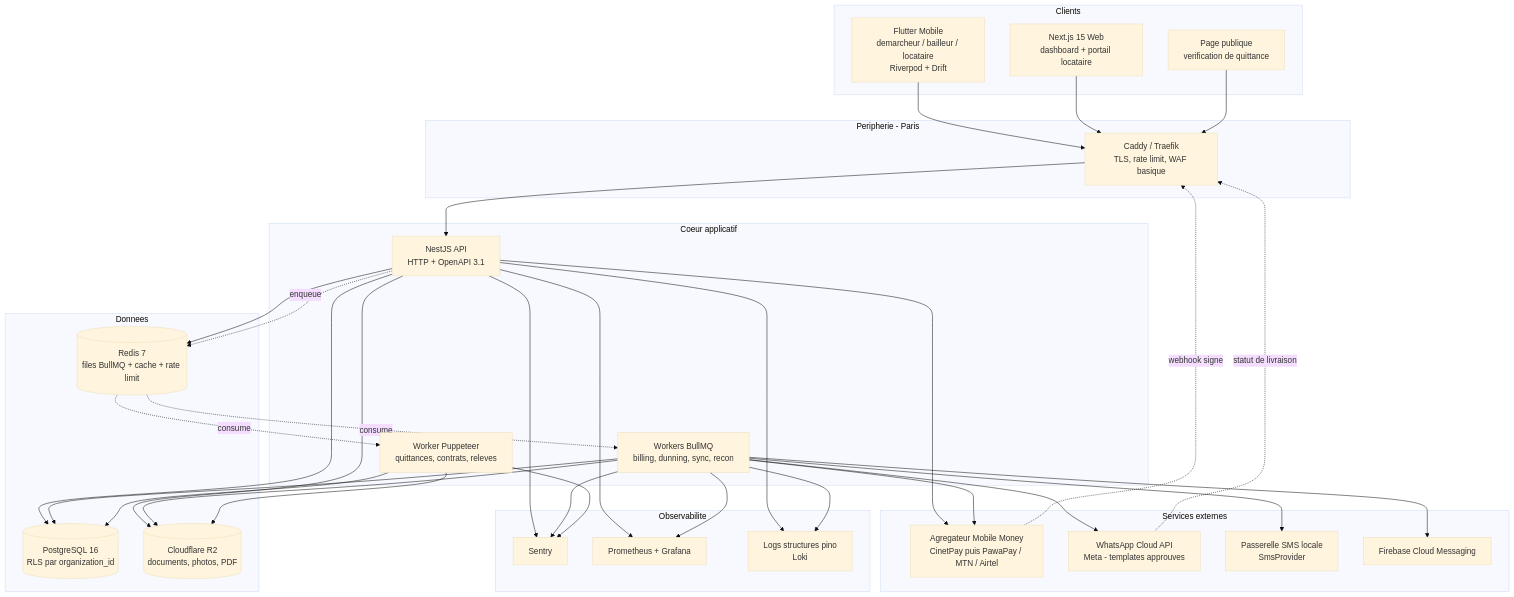
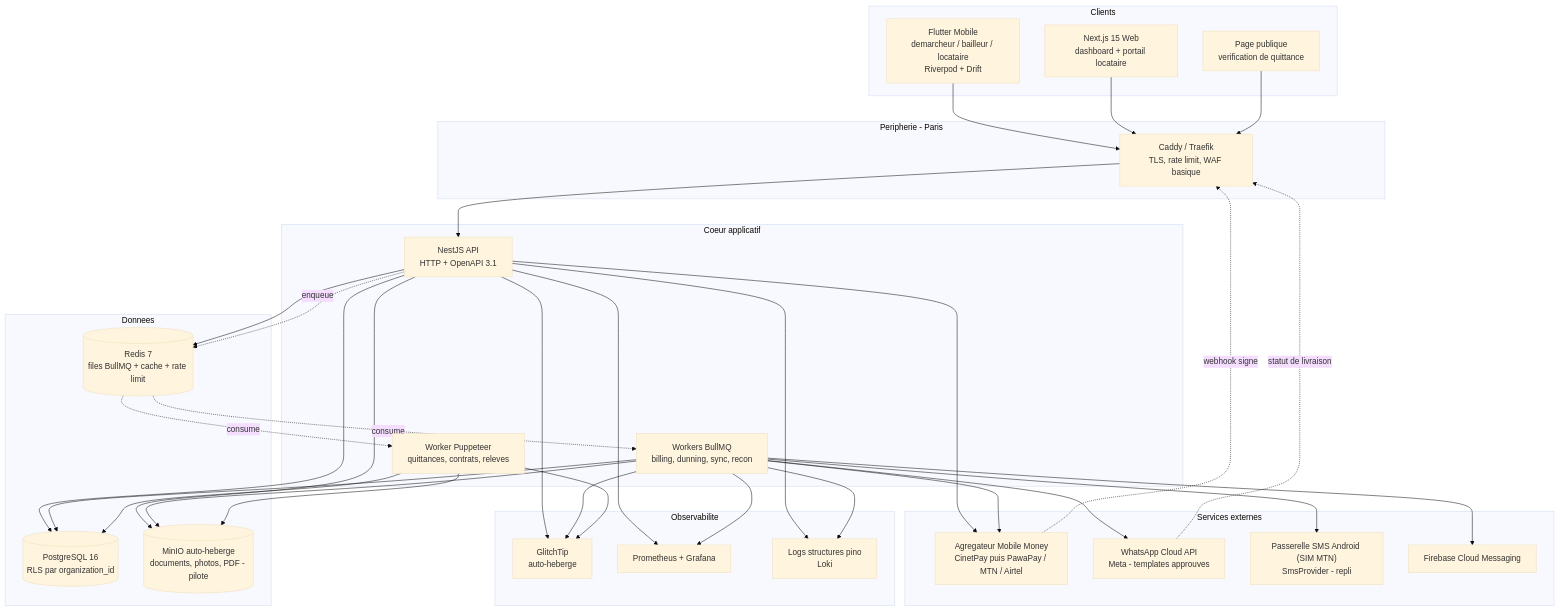
One commit to Mukatu/immodesk changed the first of 14 diagrams in docs/02_architecture_technique.md. Above: the diagram before and after it, drawn with Mermaid (base theme). The commit also changed other lines of this file and 8 other files, not shown here.

Commit message:
docs: canal whatsapp par défaut, mobile money à deux modes, glitchtip et minio

````diff
--- a/docs/02_architecture_technique.md
+++ b/docs/02_architecture_technique.md
@@ -50,72 +50,72 @@
 ```mermaid
 graph TB
     subgraph clients["Clients"]
         MOB["Flutter Mobile<br/>demarcheur / bailleur / locataire<br/>Riverpod + Drift"]
         WEB["Next.js 15 Web<br/>dashboard + portail locataire"]
         PUB["Page publique<br/>verification de quittance"]
     end
 
     subgraph edge["Peripherie - Paris"]
         CADDY["Caddy / Traefik<br/>TLS, rate limit, WAF basique"]
     end
 
     subgraph core["Coeur applicatif"]
         API["NestJS API<br/>HTTP + OpenAPI 3.1"]
         WRK["Workers BullMQ<br/>billing, dunning, sync, recon"]
         PDFW["Worker Puppeteer<br/>quittances, contrats, releves"]
     end
 
     subgraph data["Donnees"]
         PG[("PostgreSQL 16<br/>RLS par organization_id")]
         REDIS[("Redis 7<br/>files BullMQ + cache + rate limit")]
-        R2[("Cloudflare R2<br/>documents, photos, PDF")]
+        MINIO[("MinIO auto-heberge<br/>documents, photos, PDF - pilote")]
     end
 
     subgraph ext["Services externes"]
         MM["Agregateur Mobile Money<br/>CinetPay puis PawaPay / MTN / Airtel"]
         WA["WhatsApp Cloud API<br/>Meta - templates approuves"]
-        SMS["Passerelle SMS locale<br/>SmsProvider"]
+        SMS["Passerelle SMS Android (SIM MTN)<br/>SmsProvider - repli"]
         FCM["Firebase Cloud Messaging"]
     end
 
     subgraph obs["Observabilite"]
-        SENTRY["Sentry"]
+        GLITCHTIP["GlitchTip<br/>auto-heberge"]
         PROM["Prometheus + Grafana"]
         LOGS["Logs structures pino<br/>Loki"]
     end
 
     MOB --> CADDY
     WEB --> CADDY
     PUB --> CADDY
     CADDY --> API
 
     API --> PG
     API --> REDIS
-    API --> R2
+    API --> MINIO
     API -. "enqueue" .-> REDIS
 
     REDIS -. "consume" .-> WRK
     REDIS -. "consume" .-> PDFW
 
     WRK --> PG
-    WRK --> R2
+    WRK --> MINIO
     PDFW --> PG
-    PDFW --> R2
+    PDFW --> MINIO
 
     API --> MM
     WRK --> MM
     MM -. "webhook signe" .-> CADDY
 
     WRK --> WA
     WRK --> SMS
     WRK --> FCM
     WA -. "statut de livraison" .-> CADDY
 
-    API --> SENTRY
-    WRK --> SENTRY
-    PDFW --> SENTRY
+    API --> GLITCHTIP
+    WRK --> GLITCHTIP
+    PDFW --> GLITCHTIP
     API --> PROM
     WRK --> PROM
     API --> LOGS
     WRK --> LOGS
 ```
````
